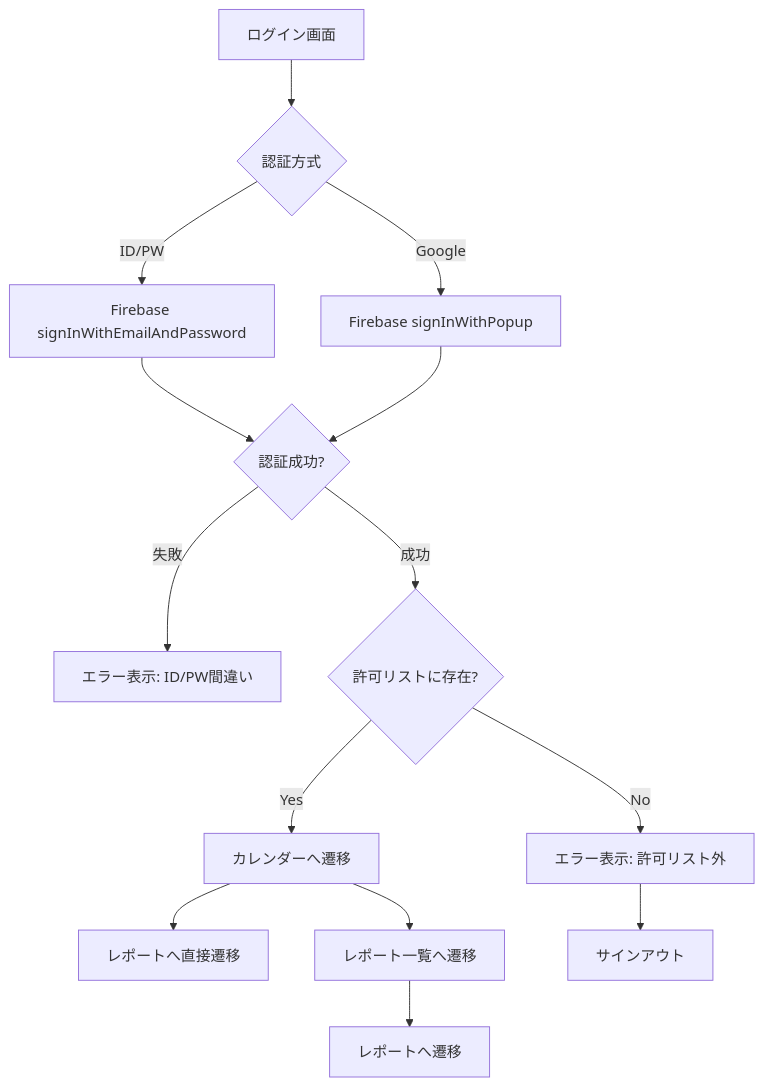
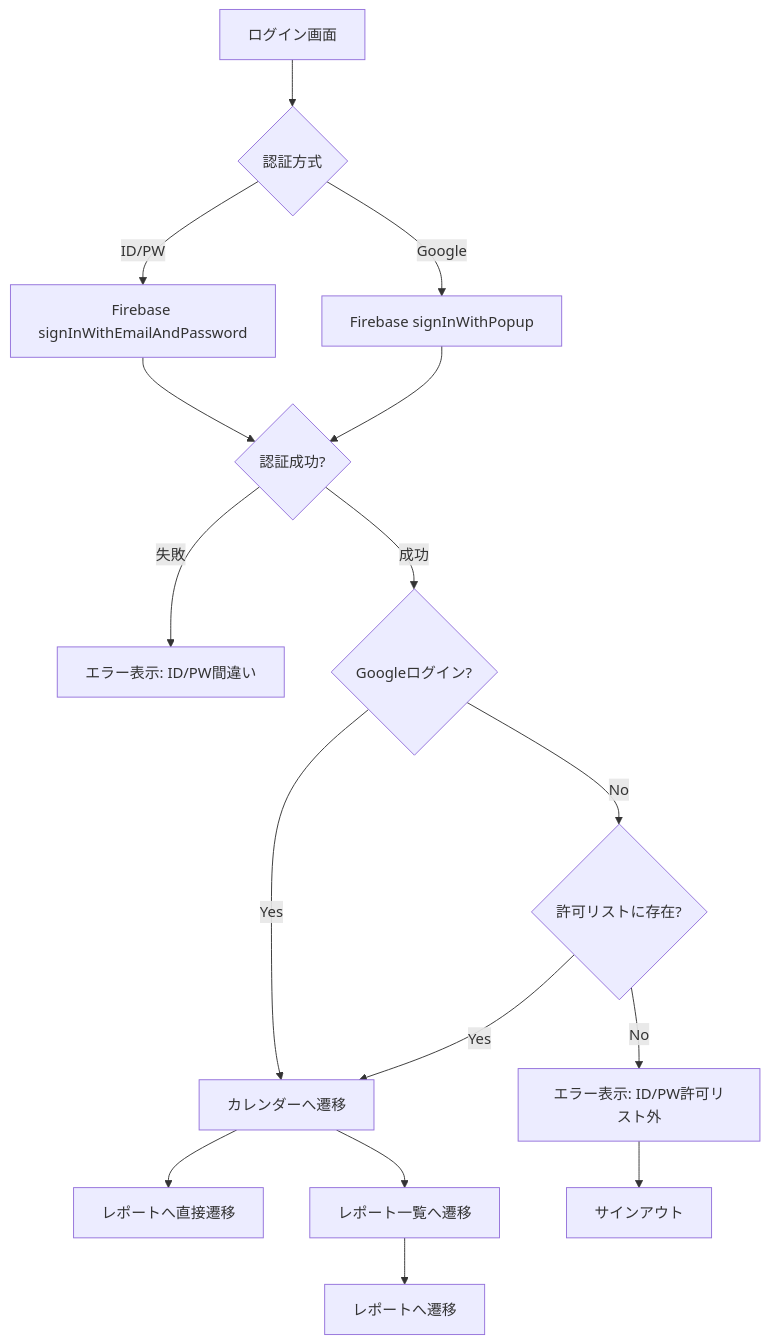
The diagram in docs/03_components/login.md (igrekplus/football-delay-watching), drawn with Mermaid before and after one commit. The commit also changed other lines of this file and 8 other files, not shown here.

````diff
--- a/docs/03_components/login.md
+++ b/docs/03_components/login.md
@@ -58,16 +61,18 @@
 ```mermaid
 flowchart TD
     A[ログイン画面] --> B{認証方式}
     B -->|ID/PW| C[Firebase signInWithEmailAndPassword]
     B -->|Google| D[Firebase signInWithPopup]
     C --> E{認証成功?}
     D --> E
     E -->|失敗| F[エラー表示: ID/PW間違い]
-    E -->|成功| G{許可リストに存在?}
-    G -->|No| H[エラー表示: 許可リスト外]
+    E -->|成功| G{Googleログイン?}
     G -->|Yes| I[カレンダーへ遷移]
+    G -->|No| H{許可リストに存在?}
+    H -->|No| M[エラー表示: ID/PW許可リスト外]
+    H -->|Yes| I[カレンダーへ遷移]
     I --> J[レポートへ直接遷移]
     I --> K[レポート一覧へ遷移]
     K --> L[レポートへ遷移]
-    H --> M[サインアウト]
+    M --> N[サインアウト]
 ```
````
